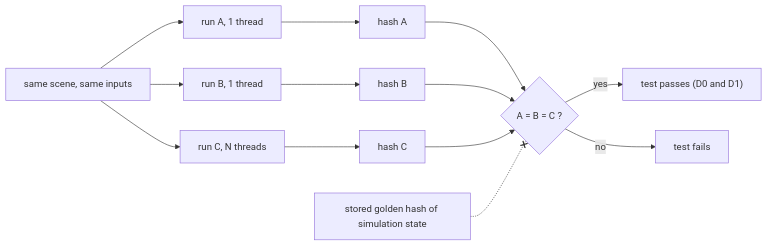
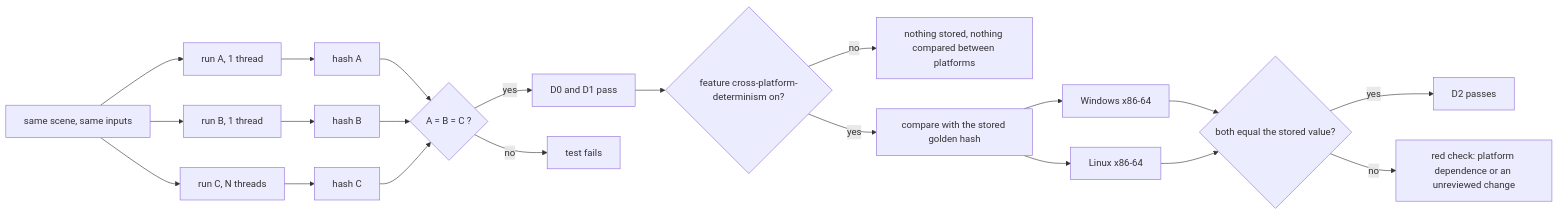
The third of 3 diagrams in wiki/architecture/physics.md (giamat90/DuckEngine), drawn with Mermaid before and after one commit. The commit also changed other lines of this file and 14 other files, not shown here.

````diff
--- a/wiki/architecture/physics.md
+++ b/wiki/architecture/physics.md
@@ -73,15 +87,23 @@
 ```mermaid
 flowchart LR
   Scene["same scene, same inputs"] --> R1["run A, 1 thread"]
   Scene --> R2["run B, 1 thread"]
   Scene --> R3["run C, N threads"]
   R1 --> H1["hash A"]
   R2 --> H2["hash B"]
   R3 --> H3["hash C"]
   H1 --> Eq{"A = B = C ?"}
   H2 --> Eq
   H3 --> Eq
-  Eq -->|"yes"| Pass["test passes (D0 and D1)"]
+  Eq -->|"yes"| Pass["D0 and D1 pass"]
   Eq -->|"no"| Fail["test fails"]
-  Store["stored golden hash of simulation state"] -.-x Eq
+  Pass --> Opt{"feature cross-platform-determinism on?"}
+  Opt -->|"no"| Done["nothing stored, nothing compared between platforms"]
+  Opt -->|"yes"| Gold["compare with the stored golden hash"]
+  Gold --> Win["Windows x86-64"]
+  Gold --> Lin["Linux x86-64"]
+  Win --> D2ok{"both equal the stored value?"}
+  Lin --> D2ok
+  D2ok -->|"yes"| P2["D2 passes"]
+  D2ok -->|"no"| F2["red check: platform dependence or an unreviewed change"]
 ```
````
